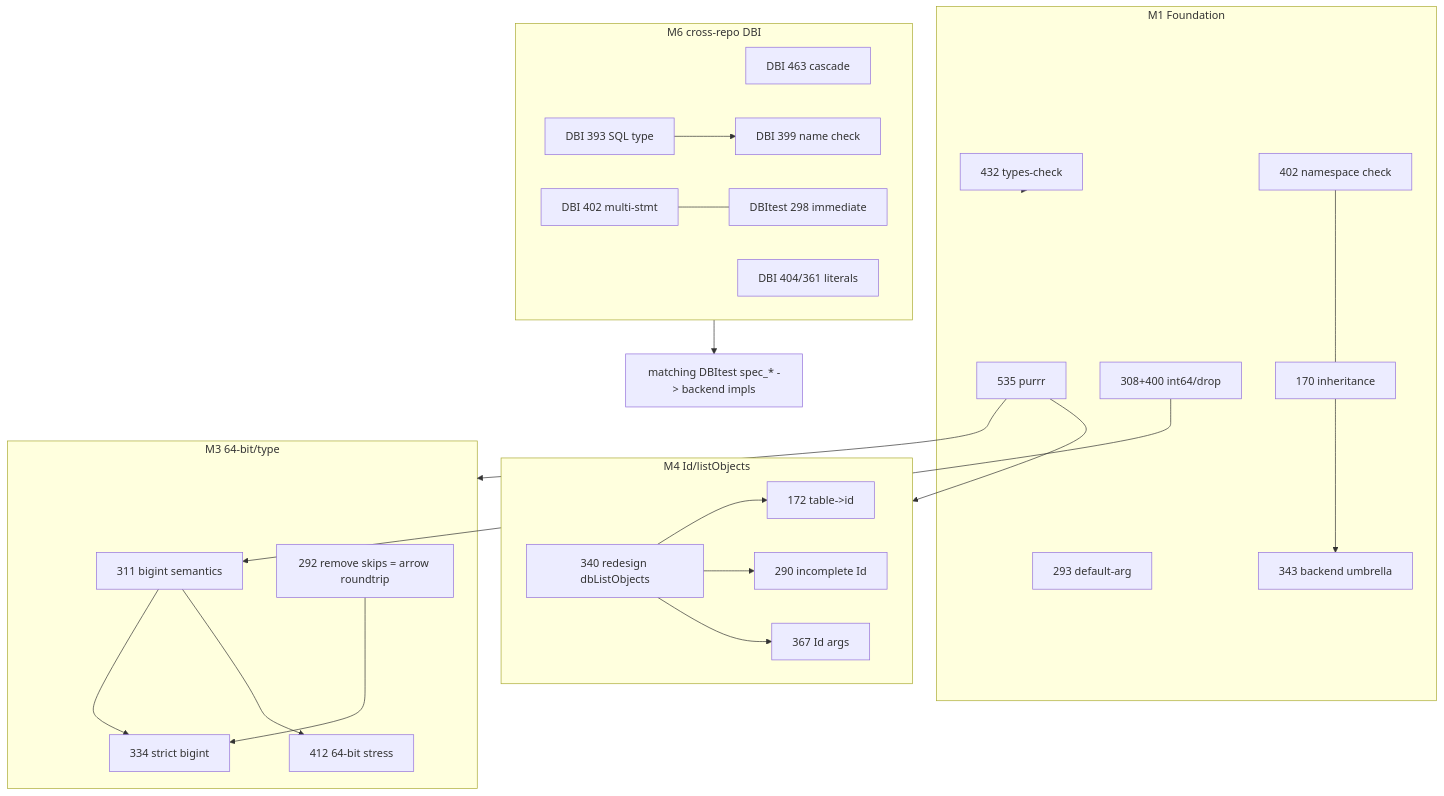
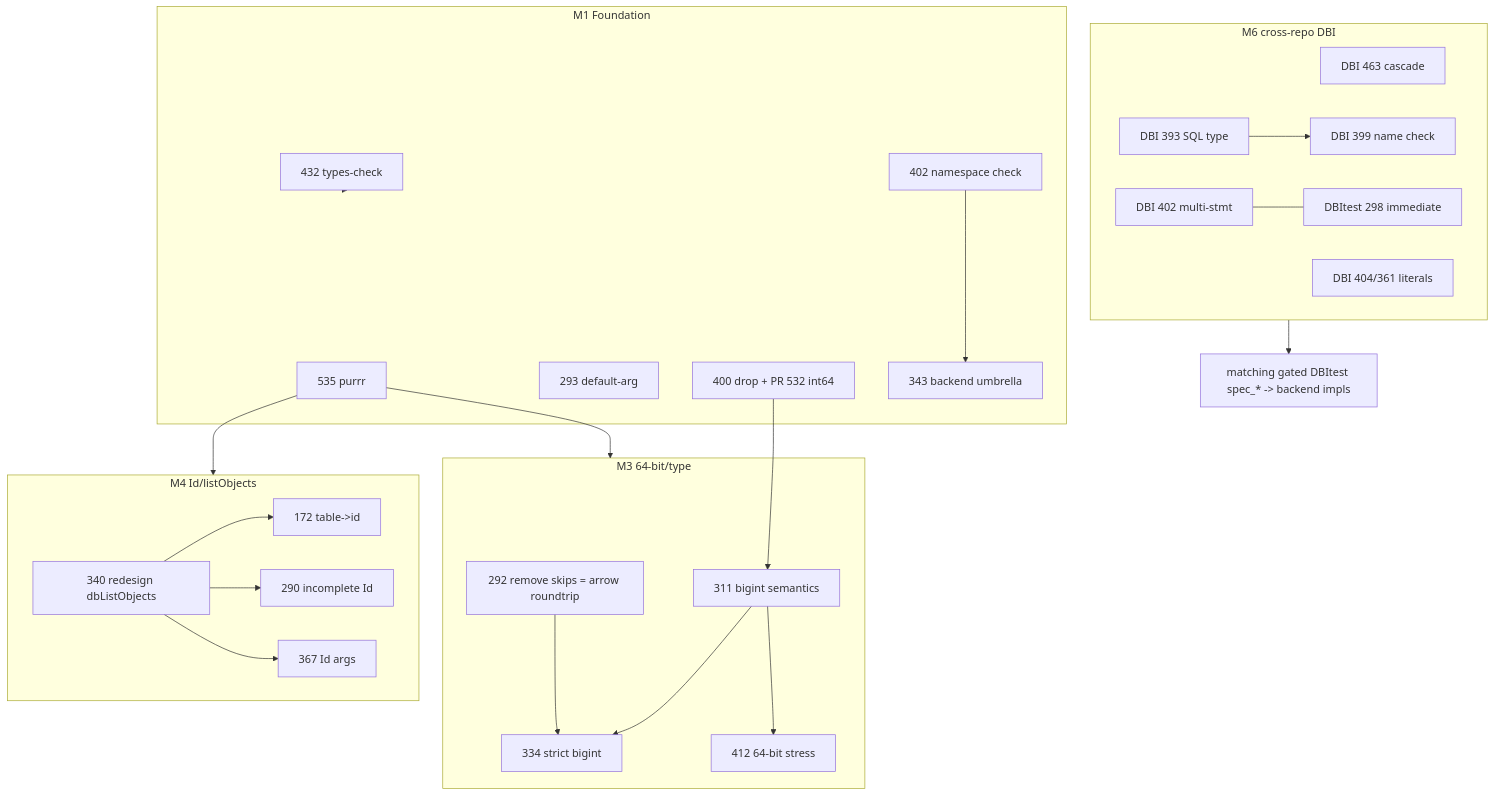
The diagram in ISSUE-TRIAGE.md (r-dbi/DBItest), drawn with Mermaid before and after one commit. The commit also changed other lines of this file, not shown here.

````diff
--- a/ISSUE-TRIAGE.md
+++ b/ISSUE-TRIAGE.md
@@ -131,48 +196,46 @@
 ```mermaid
 graph TD
   subgraph M1[M1 Foundation]
     I535[535 purrr]
     I432[432 types-check]
     I293[293 default-arg]
-    I308[308+400 int64/drop]
+    I400[400 drop + PR 532 int64]
     I402[402 namespace check]
-    I170[170 inheritance]
     I343[343 backend umbrella]
   end
   subgraph M3[M3 64-bit/type]
     I311[311 bigint semantics]
     I334[334 strict bigint]
     I412[412 64-bit stress]
     I292[292 remove skips = arrow roundtrip]
   end
   subgraph M4[M4 Id/listObjects]
     I340[340 redesign dbListObjects]
     I172[172 table->id]
     I290[290 incomplete Id]
     I367[367 Id args]
   end
   subgraph M6[M6 cross-repo DBI]
     D463[DBI 463 cascade]
     D393[DBI 393 SQL type]
     D399[DBI 399 name check]
     D404[DBI 404/361 literals]
     D402[DBI 402 multi-stmt]
     T298[DBItest 298 immediate]
   end
 
-  I308 --> I311
+  I400 --> I311
   I311 --> I334
   I311 --> I412
   I292 --> I334
-  I402 --- I170
-  I170 --> I343
+  I402 --> I343
   I535 --> M3
   I535 --> M4
   I432 --> M1
   I340 --> I172
   I340 --> I290
   I340 --> I367
   D393 --> D399
   D402 --- T298
-  M6 --> BK[matching DBItest spec_* -> backend impls]
+  M6 --> BK[matching gated DBItest spec_* -> backend impls]
 ```
````
